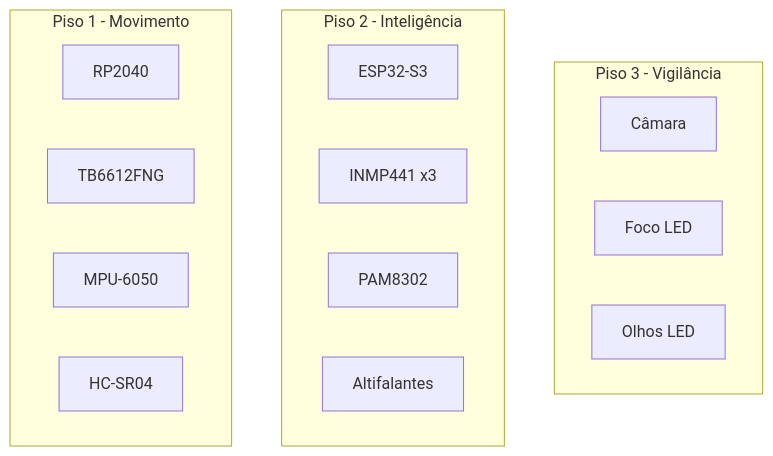
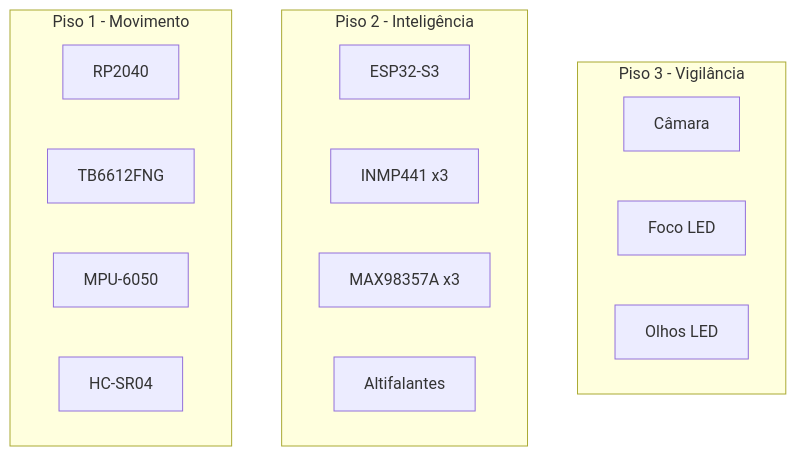
Before and after one commit to acravo1/AEGIS-Home-Guardian: the second of 8 diagrams in docs/architecture.md, drawn with Mermaid. The commit also changed other lines of this file and 4 other files, not shown here.

````diff
--- a/docs/architecture.md
+++ b/docs/architecture.md
@@ -26,23 +26,23 @@
 ```mermaid
 flowchart TB
 
     subgraph P3["Piso 3 - Vigilância"]
         CAM["Câmara"]
         LIGHT["Foco LED"]
         EYES["Olhos LED"]
     end
 
     subgraph P2["Piso 2 - Inteligência"]
         ESP["ESP32-S3"]
         MIC["INMP441 x3"]
-        AMP["PAM8302"]
+        AMP["MAX98357A x3"]
         SPK["Altifalantes"]
     end
 
     subgraph P1["Piso 1 - Movimento"]
         RP["RP2040"]
         TB["TB6612FNG"]
         MPU["MPU-6050"]
         SONAR["HC-SR04"]
     end
 ```
````
